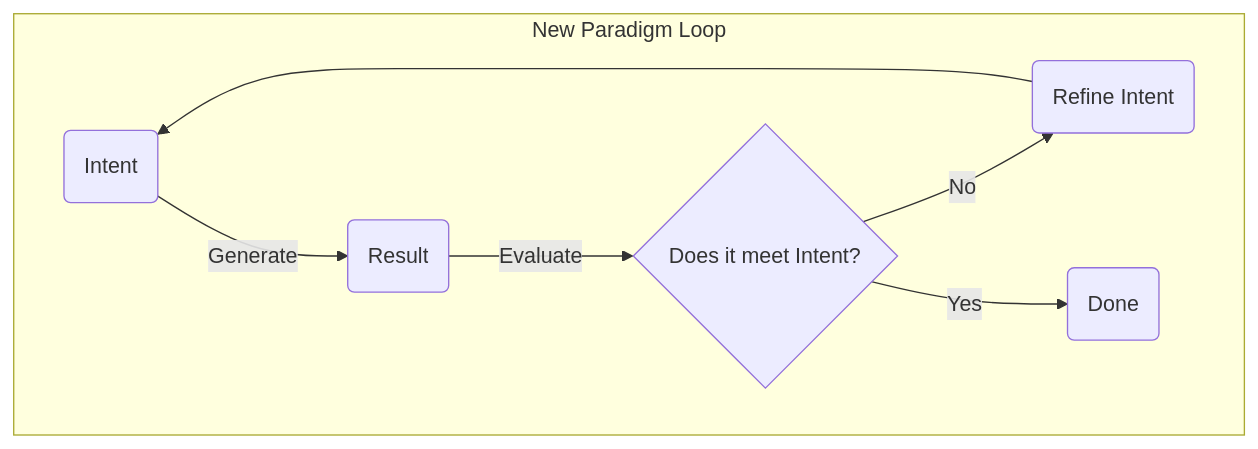
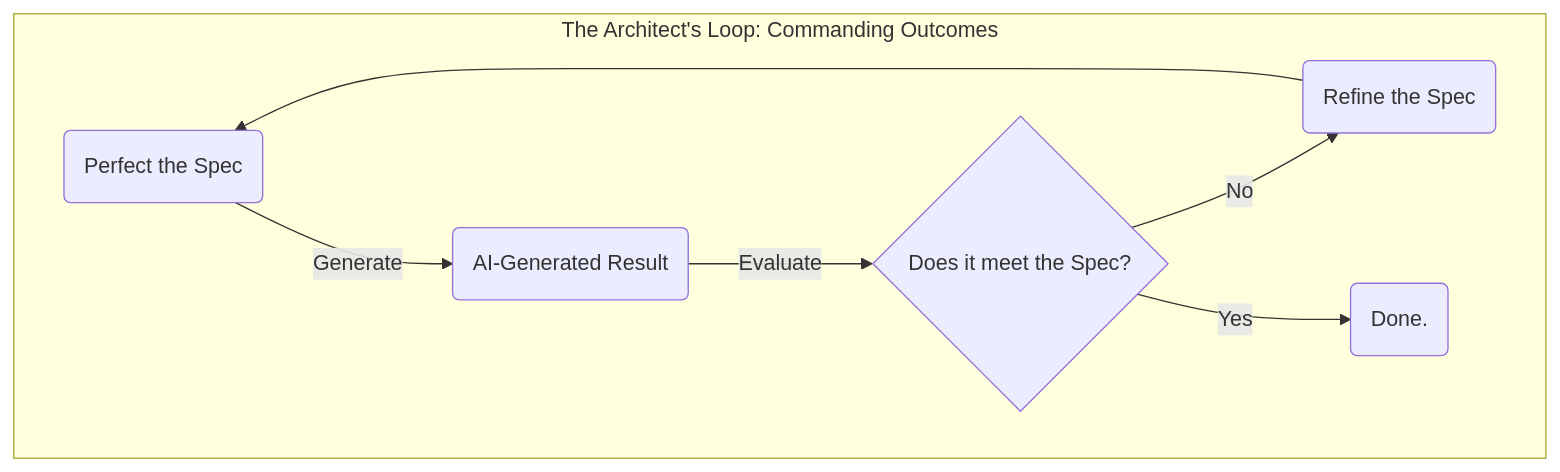
The diagram in 02-implementation/02-end-to-end-tutorial/00-tutorial-overview.md (bahsim/idgl-dev-system), drawn with Mermaid before and after one commit. The commit also changed other lines of this file and 50 other files, not shown here.

````diff
--- a/02-implementation/02-end-to-end-tutorial/00-tutorial-overview.md
+++ b/02-implementation/02-end-to-end-tutorial/00-tutorial-overview.md
@@ -22,10 +19,11 @@
 ```mermaid
 graph TD
-    subgraph New Paradigm Loop
-        A(Intent) -- "Generate" --> B(Result);
-        B -- "Evaluate" --> C{Does it meet Intent?};
-        C -- No --> D(Refine Intent);
-        D --> A;
-        C -- Yes --> E(Done);
+    subgraph "The Architect's Loop: Commanding Outcomes"
+        direction LR
+        D(Perfect the Spec) -- "Generate" --> E(AI-Generated Result);
+        E -- "Evaluate" --> F{Does it meet the Spec?};
+        F -- No --> G(Refine the Spec);
+        G --> D;
+        F -- Yes --> H(Done.);
     end
 ```
````
